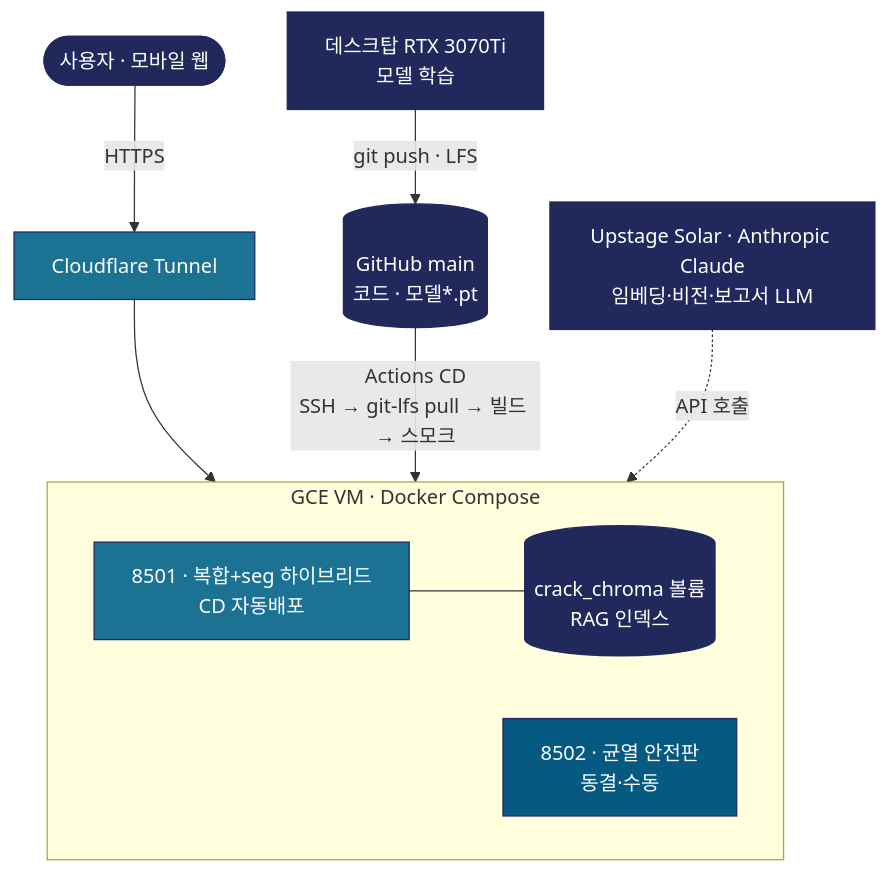
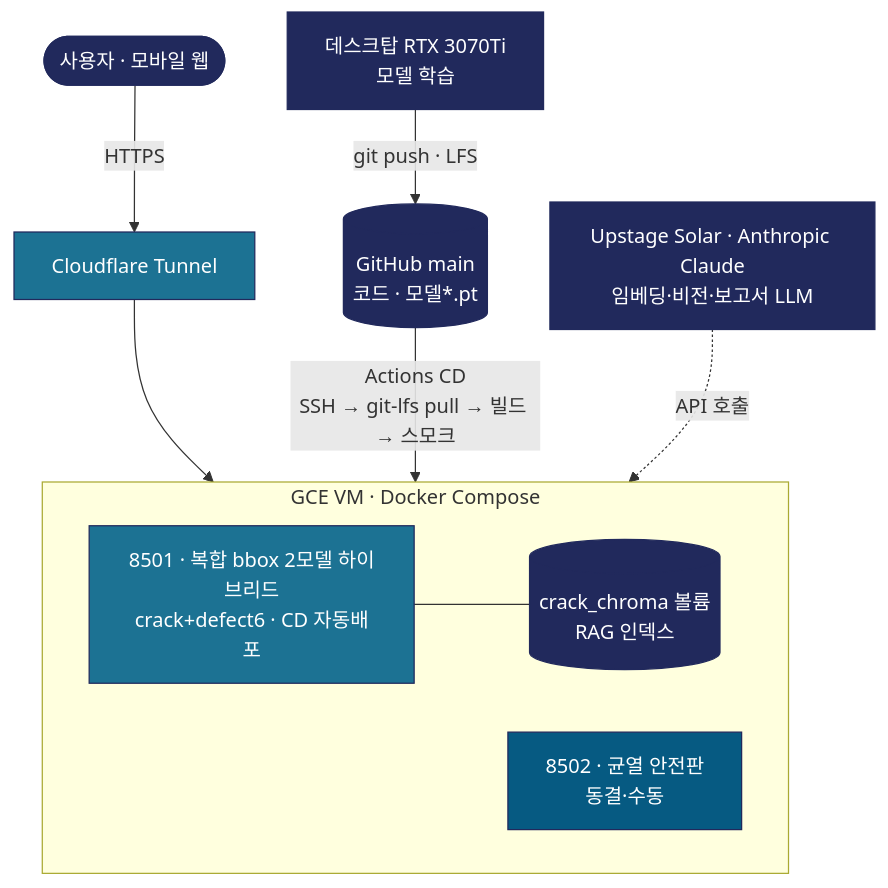
The diagram in diagrams/배치다이어그램.mmd (LeeHome2/AI_crack_detection), drawn with Mermaid before and after one commit. The commit also changed 5 other files, not shown here.

First line of the commit message:
docs: 산출물·다이어그램을 bbox 2모델 하이브리드(crack+defect6) 가동 기준으로 정정

```diff
--- a/diagrams/배치다이어그램.mmd
+++ b/diagrams/배치다이어그램.mmd
@@ -1,17 +1,17 @@
 flowchart TB
   U([사용자 · 모바일 웹]) -->|HTTPS| CF[Cloudflare Tunnel]
   CF --> C1
   subgraph SRV[GCE VM · Docker Compose]
     direction LR
-    C1[8501 · 복합+seg 하이브리드<br/>CD 자동배포]
+    C1[8501 · 복합 bbox 2모델 하이브리드<br/>crack+defect6 · CD 자동배포]
     C2[8502 · 균열 안전판<br/>동결·수동]
     V[(crack_chroma 볼륨<br/>RAG 인덱스)]
   end
   C1 --- V
   DT[데스크탑 RTX 3070Ti<br/>모델 학습] -->|git push · LFS| GH[(GitHub main<br/>코드 · 모델*.pt)]
   GH -->|Actions CD<br/>SSH → git-lfs pull → 빌드 → 스모크| C1
   API[Upstage Solar · Anthropic Claude<br/>임베딩·비전·보고서 LLM] -.->|API 호출| C1
   classDef box fill:#1C7293,stroke:#21295C,color:#fff;
   classDef io fill:#21295C,stroke:#21295C,color:#fff;
   classDef safe fill:#065A82,stroke:#21295C,color:#fff;
   class C1 box; class C2 safe; class GH io; class DT io; class U io; class CF box; class API io; class V io;
```
